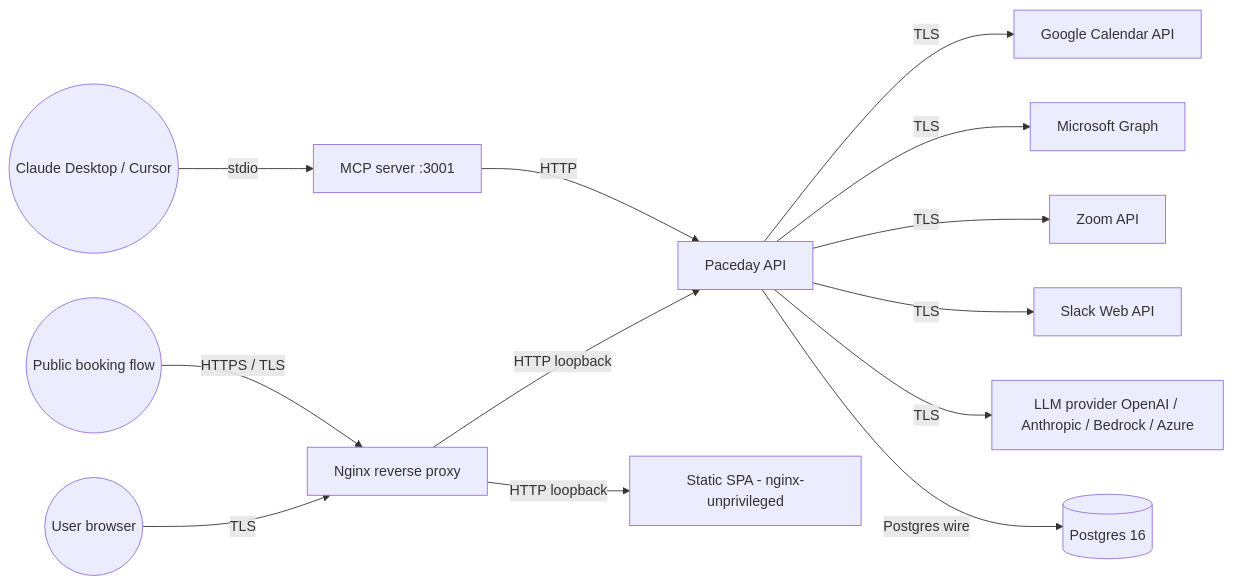
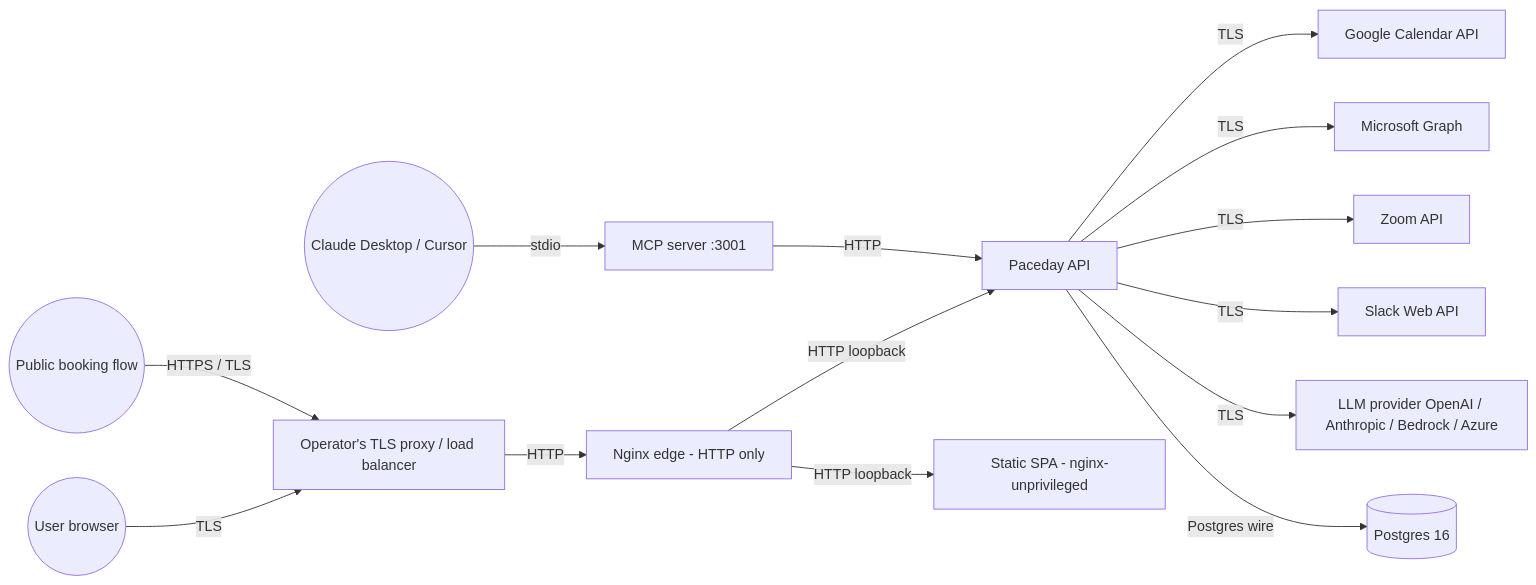
Before and after one commit to Enach/clockwise-like: the diagram in docs/security.md, drawn with Mermaid. The commit also changed other lines of this file and 21 other files, not shown here.

First line of the commit message:
[PAC-81] Part B: nginx behind the TLS proxy — HTTP only, security headers and CSP, trusted real IP, timeouts, JSON 413 (#245)

````diff
--- a/docs/security.md
+++ b/docs/security.md
@@ -22,15 +22,16 @@
 ```mermaid
 graph LR
-    Browser((User browser)) -->|TLS| Nginx[Nginx reverse proxy]
+    Browser((User browser)) -->|TLS| Proxy[Operator's TLS proxy / load balancer]
+    Proxy -->|HTTP| Nginx[Nginx edge - HTTP only]
     Nginx -->|HTTP loopback| Backend[Paceday API]
     Nginx -->|HTTP loopback| Frontend[Static SPA - nginx-unprivileged]
     Backend -->|TLS| Google[Google Calendar API]
     Backend -->|TLS| Microsoft[Microsoft Graph]
     Backend -->|TLS| Zoom[Zoom API]
     Backend -->|TLS| Slack[Slack Web API]
     Backend -->|TLS| LLM[LLM provider OpenAI / Anthropic / Bedrock / Azure]
     Backend -->|Postgres wire| DB[(Postgres 16)]
     MCP[MCP server :3001] -->|HTTP| Backend
     Claude((Claude Desktop / Cursor)) -->|stdio| MCP
-    Public((Public booking flow)) -->|HTTPS / TLS| Nginx
+    Public((Public booking flow)) -->|HTTPS / TLS| Proxy
 ```
````
